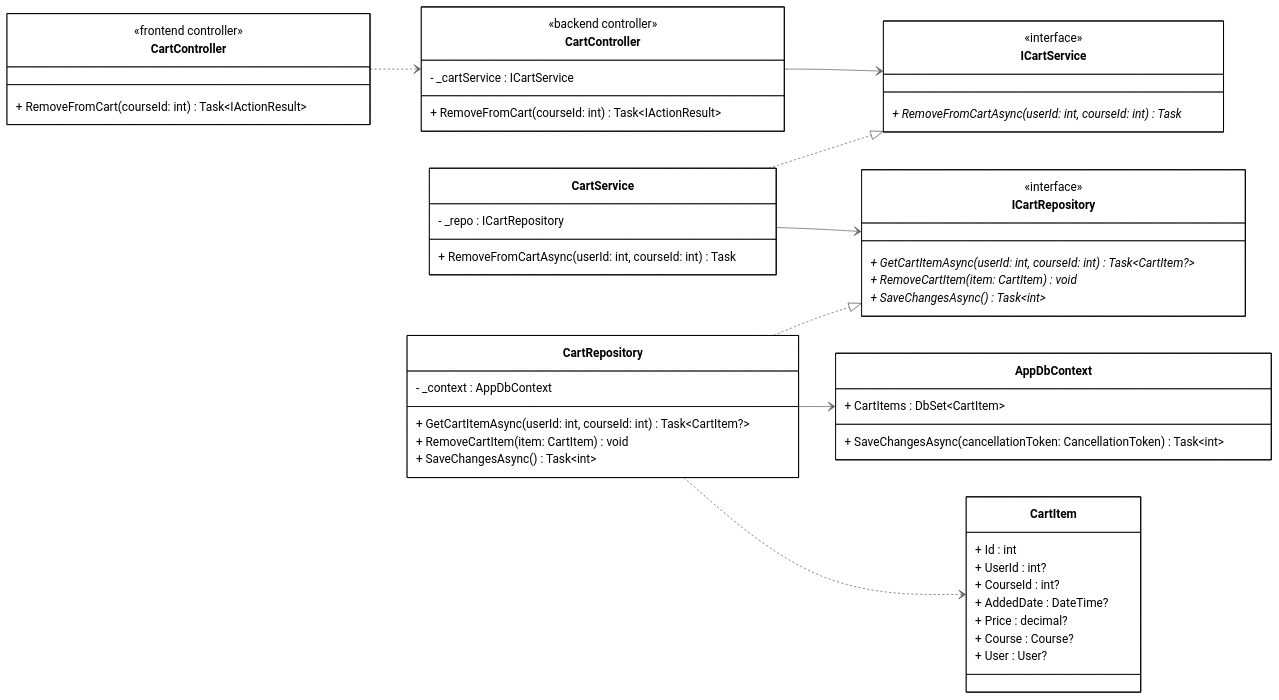
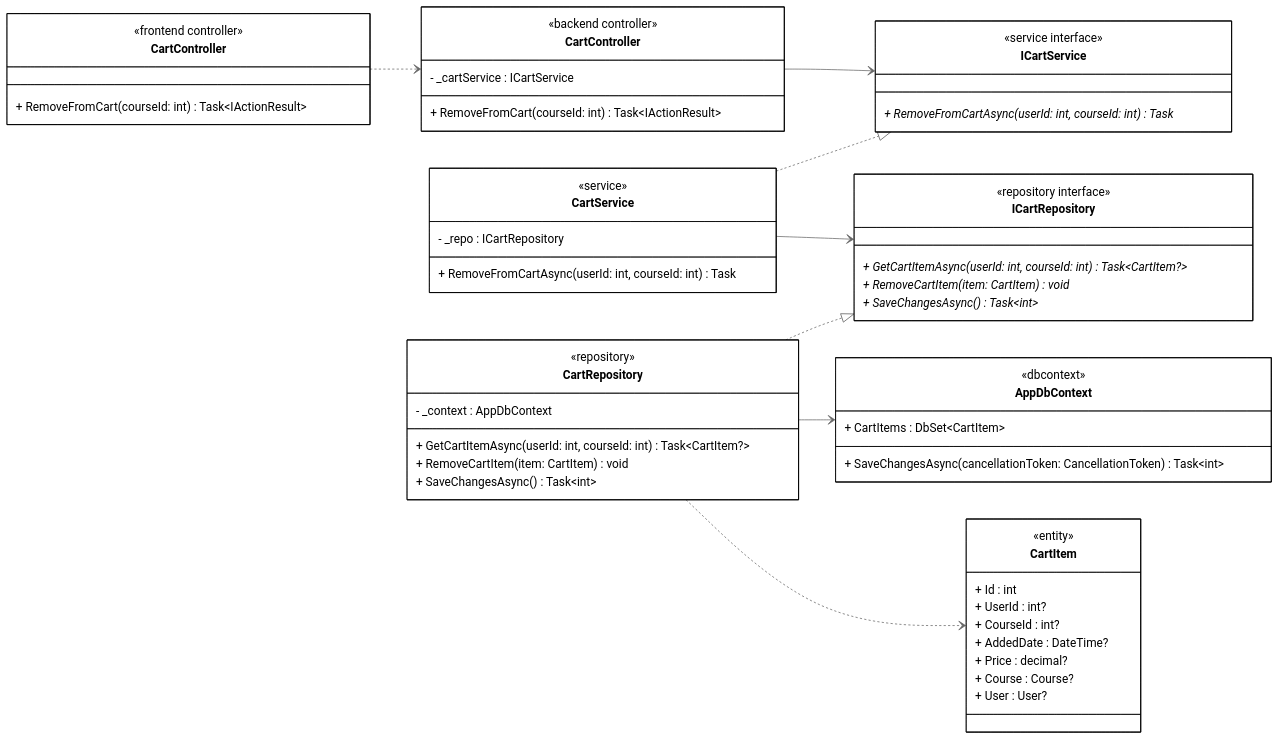
Before and after one commit to 1000do/Linked: the diagram in diagrams/class_mermaid/cart/cls_mm_delete_cart_item.mmd, drawn with Mermaid (neutral theme). The commit also changed 34 other files, not shown here.

Commit message:
docs: generate mermaid class diagrams and plantuml sequence diagrams for chat, notification, cart, and instructor application features

```diff
--- a/diagrams/class_mermaid/cart/cls_mm_delete_cart_item.mmd
+++ b/diagrams/class_mermaid/cart/cls_mm_delete_cart_item.mmd
@@ -1,87 +1,91 @@
 classDiagram
 direction LR
 
 %% ==================== FRONTEND ====================
 
 class CartControllerFE["CartController"] {
     <<frontend controller>>
     + RemoveFromCart(courseId: int) Task~IActionResult~
 }
 
 %% ==================== BACKEND - CONTROLLER ====================
 
 class CartControllerBE["CartController"] {
     <<backend controller>>
     - _cartService : ICartService
     + RemoveFromCart(courseId: int) Task~IActionResult~
 }
 
 %% ==================== BACKEND - DOMAIN ENTITIES ====================
 
 class CartItem {
+    <<entity>>
     + Id : int
     + UserId : int?
     + CourseId : int?
     + AddedDate : DateTime?
     + Price : decimal?
     + Course : Course?
     + User : User?
 }
 
 %% ==================== BACKEND - SERVICE INTERFACES ====================
 
 class ICartService {
-    <<interface>>
+    <<service interface>>
     + RemoveFromCartAsync(userId: int, courseId: int) Task *
 }
 
 %% ==================== BACKEND - REPOSITORY INTERFACES ====================
 
 class ICartRepository {
-    <<interface>>
+    <<repository interface>>
     + GetCartItemAsync(userId: int, courseId: int) Task~CartItem?~ *
     + RemoveCartItem(item: CartItem) void *
     + SaveChangesAsync() Task~int~ *
 }
 
 %% ==================== BACKEND - SERVICE IMPLEMENTATION ====================
 
 class CartService {
+    <<service>>
     - _repo : ICartRepository
     + RemoveFromCartAsync(userId: int, courseId: int) Task
 }
 
 %% ==================== BACKEND - REPOSITORY IMPLEMENTATION ====================
 
 class CartRepository {
+    <<repository>>
     - _context : AppDbContext
     + GetCartItemAsync(userId: int, courseId: int) Task~CartItem?~
     + RemoveCartItem(item: CartItem) void
     + SaveChangesAsync() Task~int~
 }
 
 %% ==================== BACKEND - DbContext ====================
 
 class AppDbContext {
+    <<dbcontext>>
     + CartItems : DbSet~CartItem~
     + SaveChangesAsync(cancellationToken: CancellationToken) Task~int~
 }
 
 %% ==================== RELATIONSHIPS ====================
 
 %% === UNIDIRECTIONAL ASSOCIATION ===
 CartControllerBE --> ICartService
 CartService --> ICartRepository
 CartRepository --> AppDbContext
 
 %% === INTERFACE REALIZATION ===
 CartService ..|> ICartService
 CartRepository ..|> ICartRepository
 
 %% === DEPENDENCY ===
 CartControllerFE ..> CartControllerBE
 CartRepository ..> CartItem
 
 %% ==================== STYLES ====================
 
 classDef default fill:#FFFFFF,stroke:#000000,stroke-width:1px,color:#000000
```
